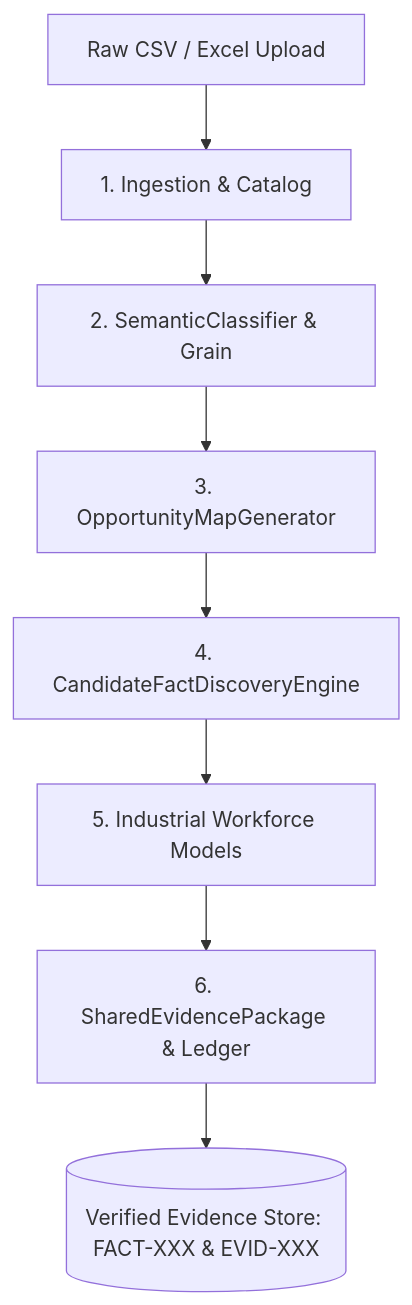
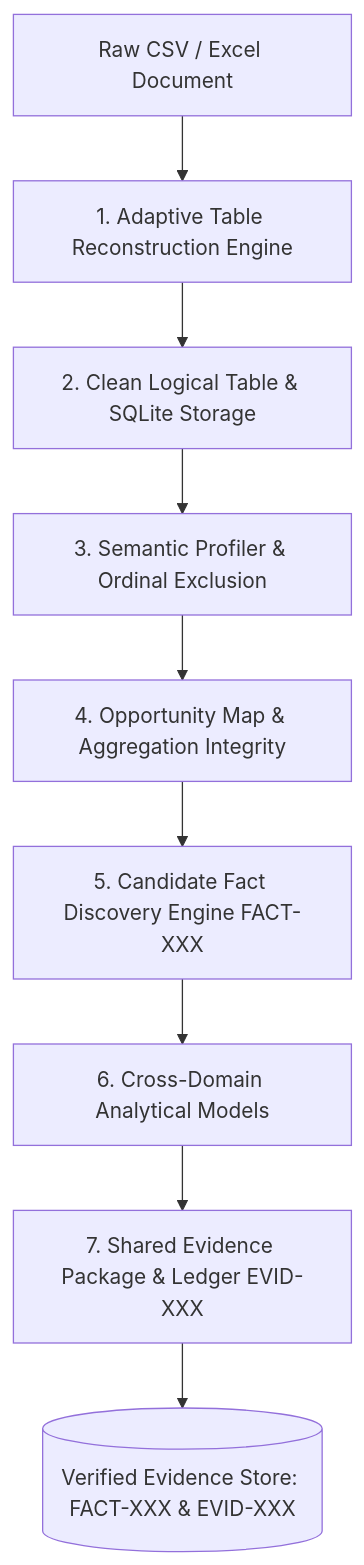
One commit to er-vinay-india/pulsehr-ai changed the diagram in docs/layers/01-deterministic-truth-engine.md. Above: the diagram before and after it, drawn with Mermaid. The commit also changed other lines of this file and 187 other files, not shown here.

Commit message:
feat: finalize governed ingestion and cross-domain dashboard intelligence

````diff
--- a/docs/layers/01-deterministic-truth-engine.md
+++ b/docs/layers/01-deterministic-truth-engine.md
@@ -9,10 +13,11 @@
 ```mermaid
 flowchart TD
-    Raw[Raw CSV / Excel Upload] --> Ingest[1. Ingestion & Catalog]
-    Ingest --> Profiler[2. SemanticClassifier & Grain]
-    Profiler --> OppMap[3. OpportunityMapGenerator]
-    OppMap --> FactEngine[4. CandidateFactDiscoveryEngine]
-    FactEngine --> IndModels[5. Industrial Workforce Models]
-    IndModels --> EvidenceLedger[6. SharedEvidencePackage & Ledger]
+    Raw[Raw CSV / Excel Document] --> Recon[1. Adaptive Table Reconstruction Engine]
+    Recon --> Storage[2. Clean Logical Table & SQLite Storage]
+    Storage --> Profiler[3. Semantic Profiler & Ordinal Exclusion]
+    Profiler --> OppMap[4. Opportunity Map & Aggregation Integrity]
+    OppMap --> FactEngine[5. Candidate Fact Discovery Engine FACT-XXX]
+    FactEngine --> CrossModels[6. Cross-Domain Analytical Models]
+    CrossModels --> EvidenceLedger[7. Shared Evidence Package & Ledger EVID-XXX]
     EvidenceLedger --> Out[(Verified Evidence Store: FACT-XXX & EVID-XXX)]
 ```
````
